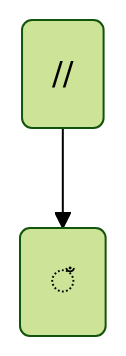
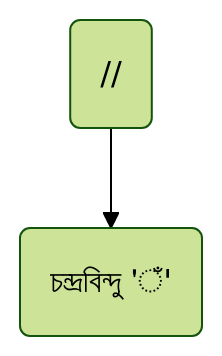
One commit to KhiproTeam/khipro-quickstart changed diagram 19 of 27 in README.md. Above: the diagram before and after it, drawn with Mermaid (forest theme).

Commit message:
README.md: Update representation of the 'ঁ' character in flowchart

````diff
--- a/README.md
+++ b/README.md
@@ -271,4 +271,4 @@
 ```mermaid
 flowchart TD
-a(//) --> b(◌ঁ)
+a(//) --> b(চন্দ্রবিন্দু 'ঁ' )
 ```
````
